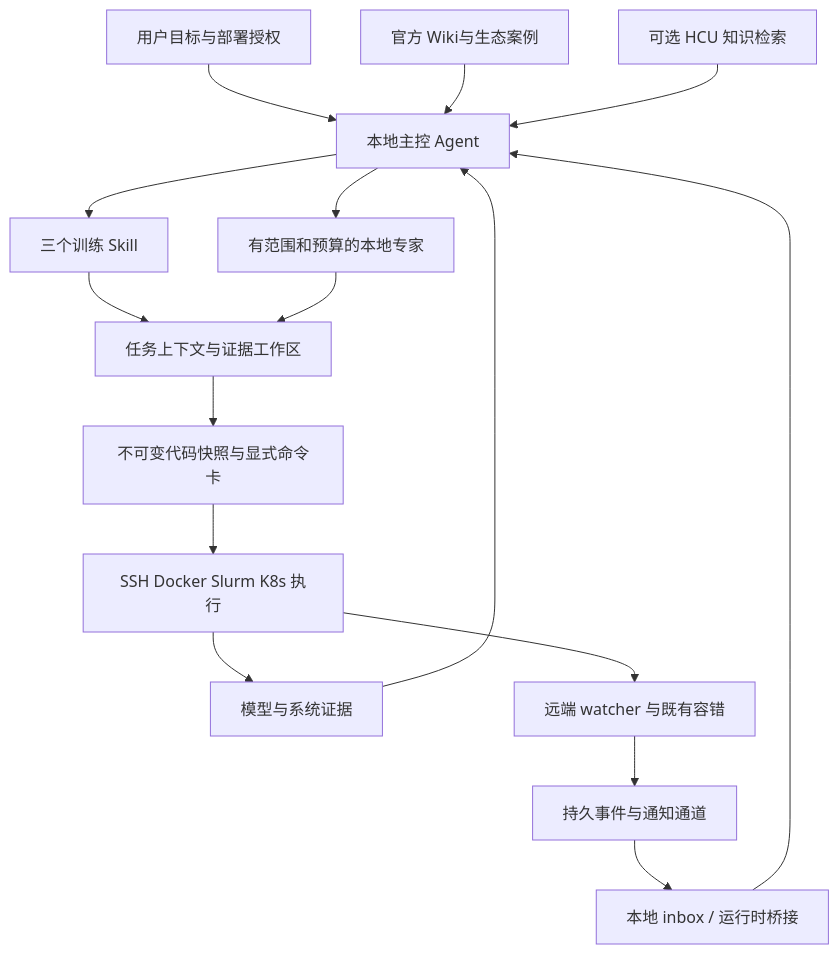
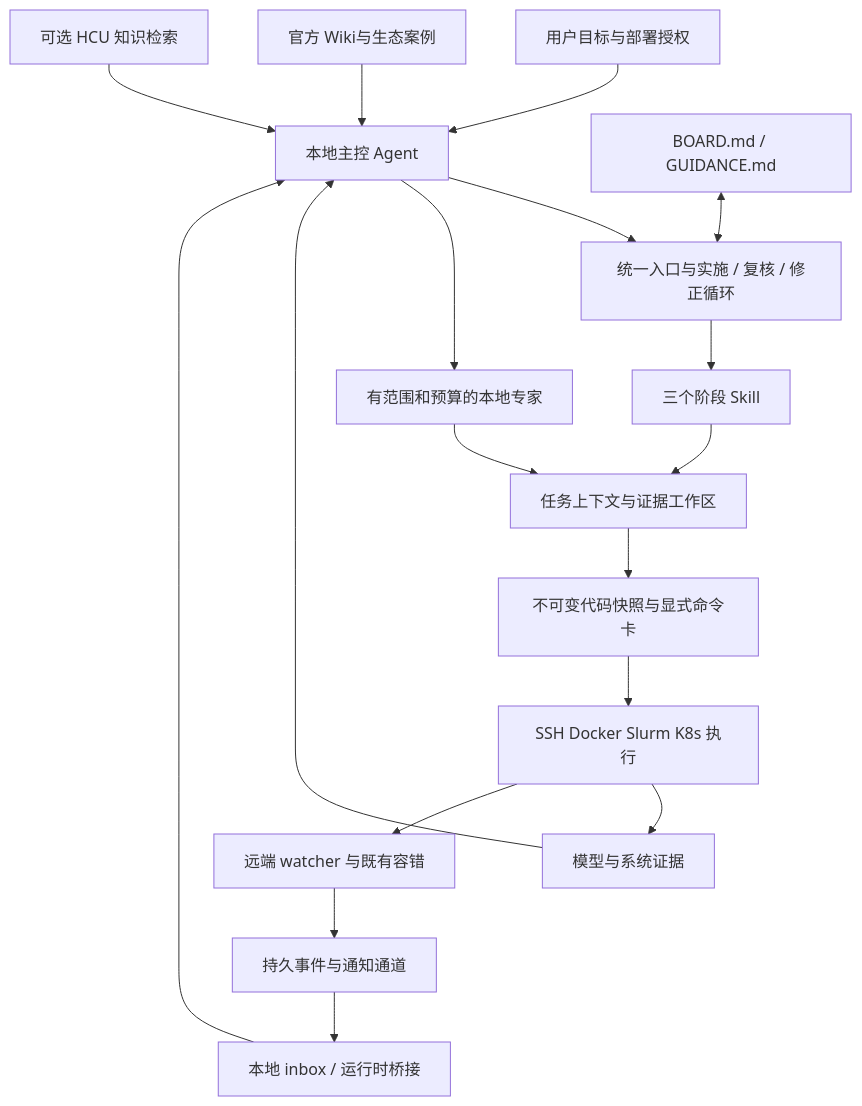
Before and after one commit to yuguo-Jack/HCU-TrainFlow: the diagram in docs/architecture.md, drawn with Mermaid. The commit also changed other lines of this file and 40 other files, not shown here.

````diff
--- a/docs/architecture.md
+++ b/docs/architecture.md
@@ -3,18 +3,20 @@
 ```mermaid
 flowchart TD
     U[用户目标与部署授权] --> A[本地主控 Agent]
-    A --> S[三个训练 Skill]
+    A --> F[统一入口与实施 / 复核 / 修正循环]
+    F --> S[三个阶段 Skill]
+    HN[BOARD.md / GUIDANCE.md] <--> F
     A --> E[有范围和预算的本地专家]
     S --> W[任务上下文与证据工作区]
     E --> W
     W --> C[不可变代码快照与显式命令卡]
     C --> R[SSH Docker Slurm K8s 执行]
     R --> P[模型与系统证据]
     P --> A
     K[官方 Wiki与生态案例] --> A
     H[可选 HCU 知识检索] --> A
     R --> D[远端 watcher 与既有容错]
     D --> O[持久事件与通知通道]
     O --> I[本地 inbox / 运行时桥接]
     I --> A
 ```
````
